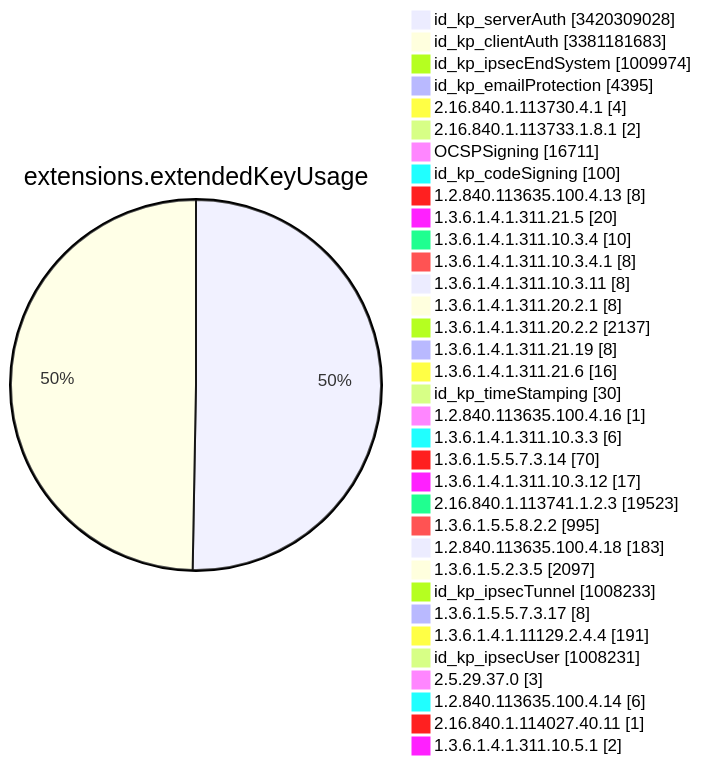
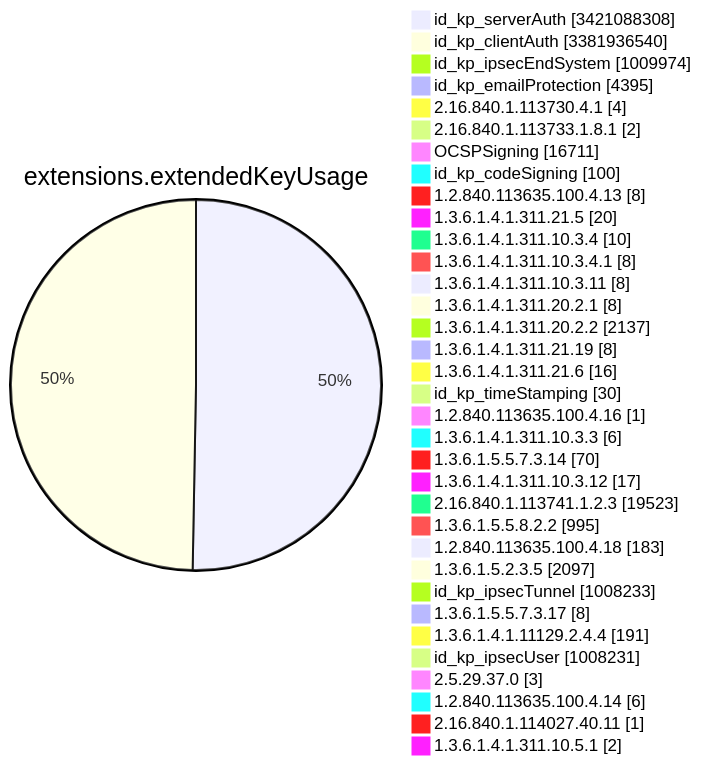
Diagram 11 of 15 in TOTAL/README.md (christiankrug/ctmonitor_visualization), drawn with Mermaid before and after one commit. The commit also changed other lines of this file, not shown here.

````diff
--- a/TOTAL/README.md
+++ b/TOTAL/README.md
@@ -4121,38 +4121,38 @@
 ```mermaid
 pie showData
 title extensions.extendedKeyUsage
-"id_kp_serverAuth" :3420309028
-"id_kp_clientAuth" :3381181683
+"id_kp_serverAuth" :3421088308
+"id_kp_clientAuth" :3381936540
 "id_kp_ipsecEndSystem" :1009974
 "id_kp_emailProtection" :4395
 "2.16.840.1.113730.4.1" :4
 "2.16.840.1.113733.1.8.1" :2
 "OCSPSigning" :16711
 "id_kp_codeSigning" :100
 "1.2.840.113635.100.4.13" :8
 "1.3.6.1.4.1.311.21.5" :20
 "1.3.6.1.4.1.311.10.3.4" :10
 "1.3.6.1.4.1.311.10.3.4.1" :8
 "1.3.6.1.4.1.311.10.3.11" :8
 "1.3.6.1.4.1.311.20.2.1" :8
 "1.3.6.1.4.1.311.20.2.2" :2137
 "1.3.6.1.4.1.311.21.19" :8
 "1.3.6.1.4.1.311.21.6" :16
 "id_kp_timeStamping" :30
 "1.2.840.113635.100.4.16" :1
 "1.3.6.1.4.1.311.10.3.3" :6
 "1.3.6.1.5.5.7.3.14" :70
 "1.3.6.1.4.1.311.10.3.12" :17
 "2.16.840.1.113741.1.2.3" :19523
 "1.3.6.1.5.5.8.2.2" :995
 "1.2.840.113635.100.4.18" :183
 "1.3.6.1.5.2.3.5" :2097
 "id_kp_ipsecTunnel" :1008233
 "1.3.6.1.5.5.7.3.17" :8
 "1.3.6.1.4.1.11129.2.4.4" :191
 "id_kp_ipsecUser" :1008231
 "2.5.29.37.0" :3
 "1.2.840.113635.100.4.14" :6
 "2.16.840.1.114027.40.11" :1
 "1.3.6.1.4.1.311.10.5.1" :2
 ```
````
